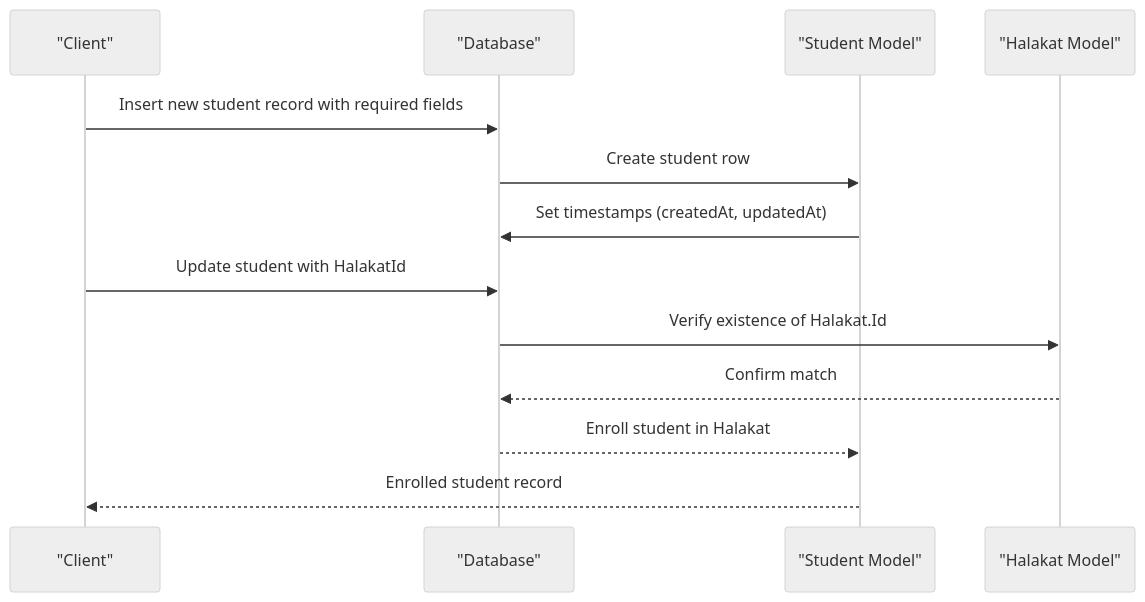
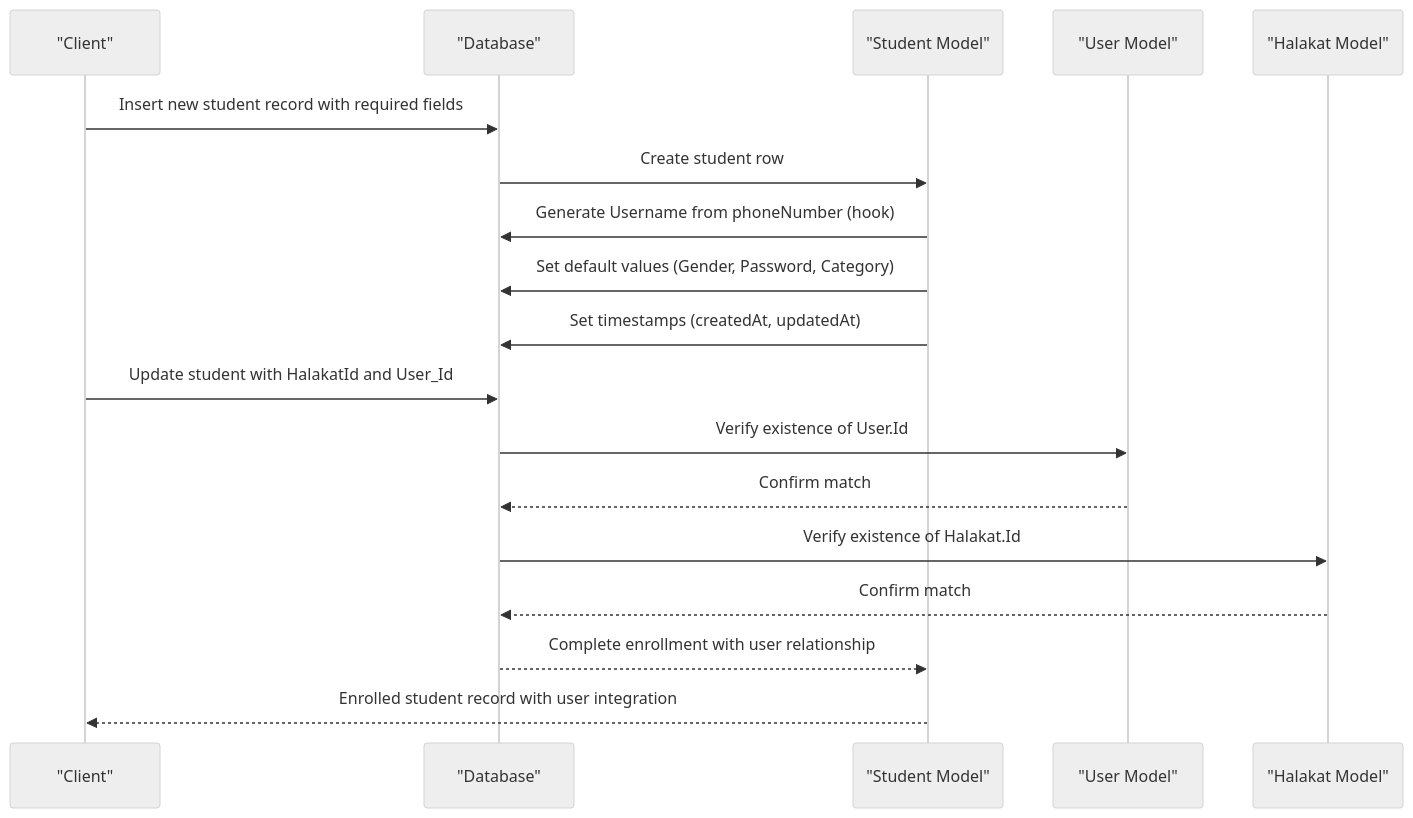
The fourth of 7 diagrams in .qoder/repowiki/en/content/Database Design/Student Model.md (Mreng78/khirocom_project), drawn with Mermaid (neutral theme) before and after one commit. The commit also changed other lines of this file and 13 other files, not shown here.

````diff
--- a/.qoder/repowiki/en/content/Database Design/Student Model.md
+++ b/.qoder/repowiki/en/content/Database Design/Student Model.md
@@ -148,15 +202,20 @@
 ```mermaid
 sequenceDiagram
 participant Client as "Client"
 participant DB as "Database"
 participant Student as "Student Model"
+participant User as "User Model"
 participant Halakat as "Halakat Model"
 Client->>DB : Insert new student record with required fields
 DB->>Student : Create student row
+Student->>DB : Generate Username from phoneNumber (hook)
+Student->>DB : Set default values (Gender, Password, Category)
 Student->>DB : Set timestamps (createdAt, updatedAt)
-Client->>DB : Update student with HalakatId
+Client->>DB : Update student with HalakatId and User_Id
+DB->>User : Verify existence of User.Id
+User-->>DB : Confirm match
 DB->>Halakat : Verify existence of Halakat.Id
 Halakat-->>DB : Confirm match
-DB-->>Student : Enroll student in Halakat
-Student-->>Client : Enrolled student record
+DB-->>Student : Complete enrollment with user relationship
+Student-->>Client : Enrolled student record with user integration
 ```
````
